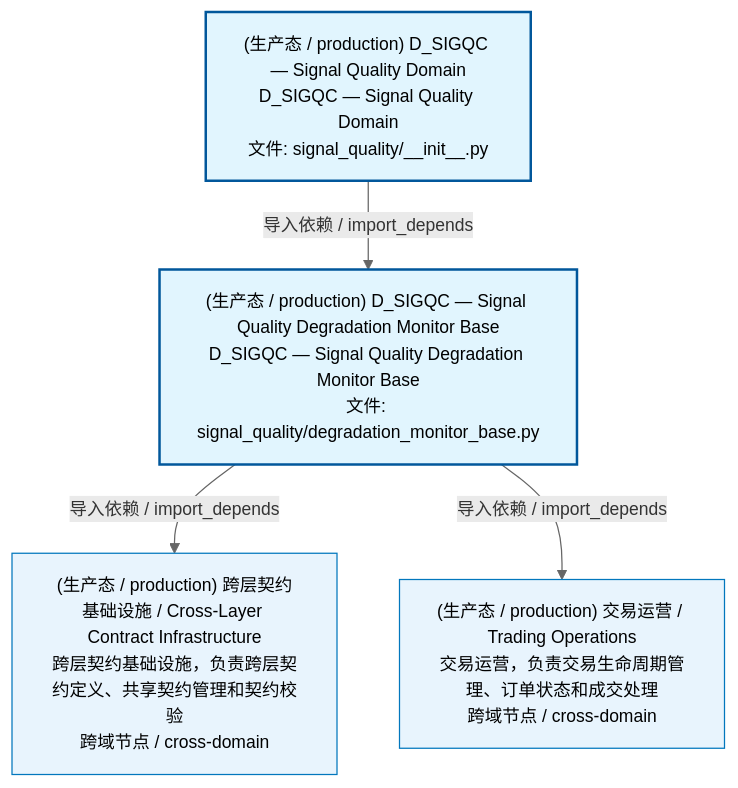
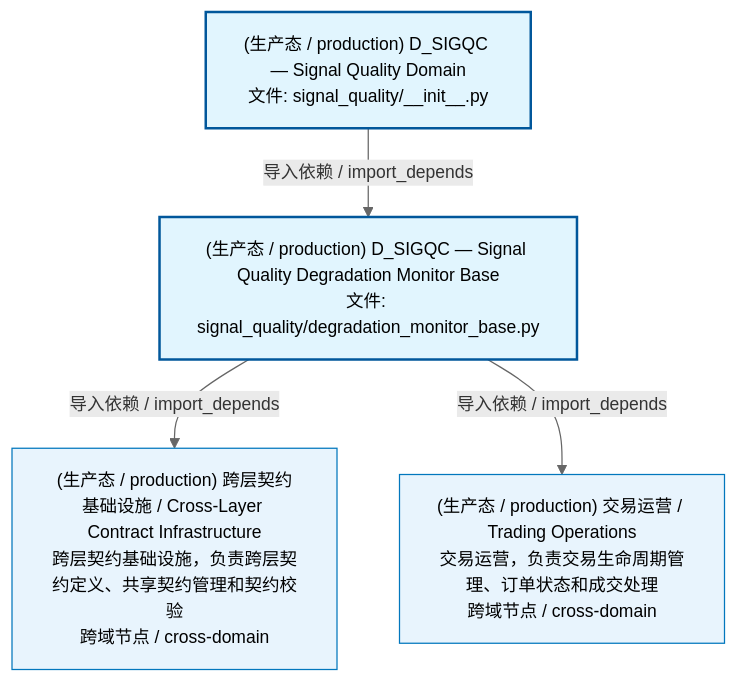
The first of 3 diagrams in docs/02_enterprise_architecture/02_domain_architecture_docs/69_d_sigqc.md (xuanFelixVan/ZephyrAlpha), drawn with Mermaid before and after one commit. The commit also changed other lines of this file and 77 other files, not shown here.

````diff
--- a/docs/02_enterprise_architecture/02_domain_architecture_docs/69_d_sigqc.md
+++ b/docs/02_enterprise_architecture/02_domain_architecture_docs/69_d_sigqc.md
@@ -53,17 +53,17 @@
 ```mermaid
 %%{init: {'theme': 'base', 'themeVariables': {'primaryColor': '#eaeaea', 'primaryTextColor': '#333333', 'primaryBorderColor': '#666666', 'lineColor': '#666666', 'secondaryColor': '#eaeaea', 'tertiaryColor': '#eaeaea', 'fontSize': '14px'}}}%%
 flowchart TD
-    src_zephyr_signal_quality_init_py["(生产态 / production) D_SIGQC — Signal Quality Domain<br/>D_SIGQC — Signal Quality Domain<br/>文件: signal_quality/__init__.py"]
-    src_zephyr_signal_quality_degradation_monitor_base_py["(生产态 / production) D_SIGQC — Signal Quality Degradation Monitor Base<br/>D_SIGQC — Signal Quality Degradation Monitor Base<br/>文件: signal_quality/degradation_monitor_base.py"]
+    src_zephyr_signal_quality_init_py["(生产态 / production) D_SIGQC — Signal Quality Domain<br/>文件: signal_quality/__init__.py"]
+    src_zephyr_signal_quality_degradation_monitor_base_py["(生产态 / production) D_SIGQC — Signal Quality Degradation Monitor Base<br/>文件: signal_quality/degradation_monitor_base.py"]
     src_zephyr_signal_quality_init_py -->|导入依赖 / import_depends| src_zephyr_signal_quality_degradation_monitor_base_py
     D_INFRASTRUCTURE["(生产态 / production) 跨层契约基础设施 / Cross-Layer Contract Infrastructure<br/>跨层契约基础设施，负责跨层契约定义、共享契约管理和契约校验<br/>跨域节点 / cross-domain"]
     src_zephyr_signal_quality_degradation_monitor_base_py -->|导入依赖 / import_depends| D_INFRASTRUCTURE
     D_TRADING["(生产态 / production) 交易运营 / Trading Operations<br/>交易运营，负责交易生命周期管理、订单状态和成交处理<br/>跨域节点 / cross-domain"]
     src_zephyr_signal_quality_degradation_monitor_base_py -->|导入依赖 / import_depends| D_TRADING
     classDef production fill:#e1f5fe,stroke:#01579b,stroke-width:2px,color:#000
     classDef design fill:#fff3e0,stroke:#e65100,stroke-width:2px,color:#000,stroke-dasharray: 5 5
     classDef external_prod fill:#e8f4fd,stroke:#0277bd,stroke-width:1px,color:#000
     classDef external_design fill:#fff8e7,stroke:#ef6c00,stroke-width:1px,color:#000,stroke-dasharray: 5 5
     class src_zephyr_signal_quality_init_py,src_zephyr_signal_quality_degradation_monitor_base_py production
     class D_INFRASTRUCTURE,D_TRADING external_prod
 ```
````
